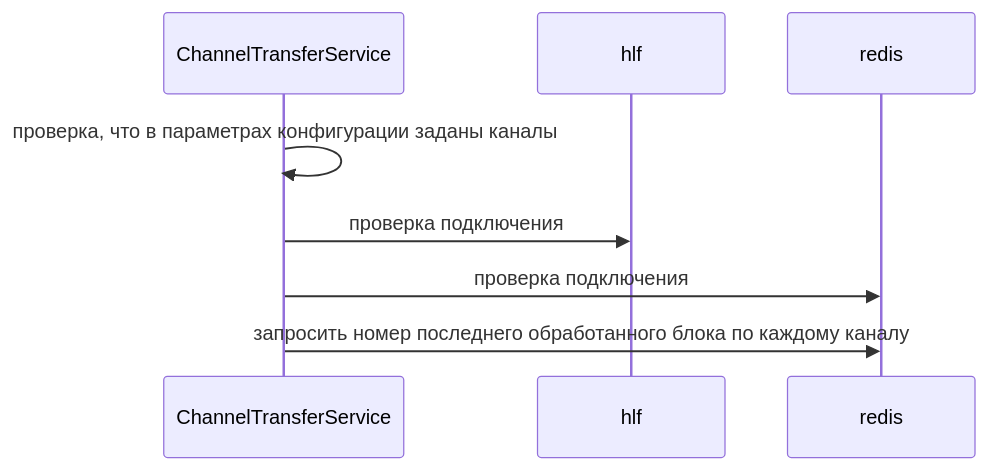
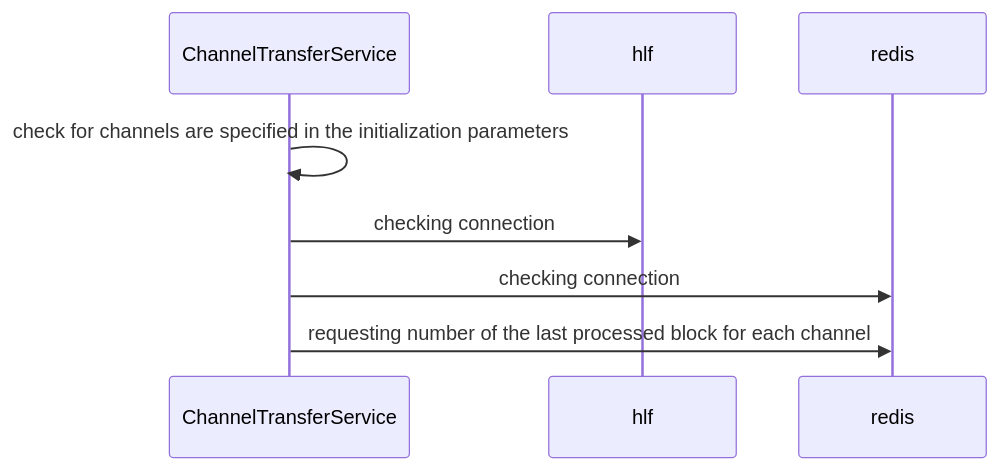
The first of 11 diagrams in doc/channelTransferService.md (anoideaopen/channel-transfer), drawn with Mermaid before and after one commit. The commit also changed other lines of this file and 71 other files, not shown here.

````diff
--- a/doc/channelTransferService.md
+++ b/doc/channelTransferService.md
@@ -5,10 +5,10 @@
 ```mermaid
 sequenceDiagram
-    ChannelTransferService ->> ChannelTransferService: проверка, что в параметрах конфигурации заданы каналы
+    ChannelTransferService ->> ChannelTransferService: check for channels are specified in the initialization parameters
     
-    ChannelTransferService ->> hlf: проверка подключения
-    ChannelTransferService ->> redis: проверка подключения 
+    ChannelTransferService ->> hlf: checking connection
+    ChannelTransferService ->> redis: checking connection 
     
-    ChannelTransferService ->> redis: запросить номер последнего обработанного блока по каждому каналу
+    ChannelTransferService ->> redis: requesting number of the last processed block for each channel
     
 ```
````
